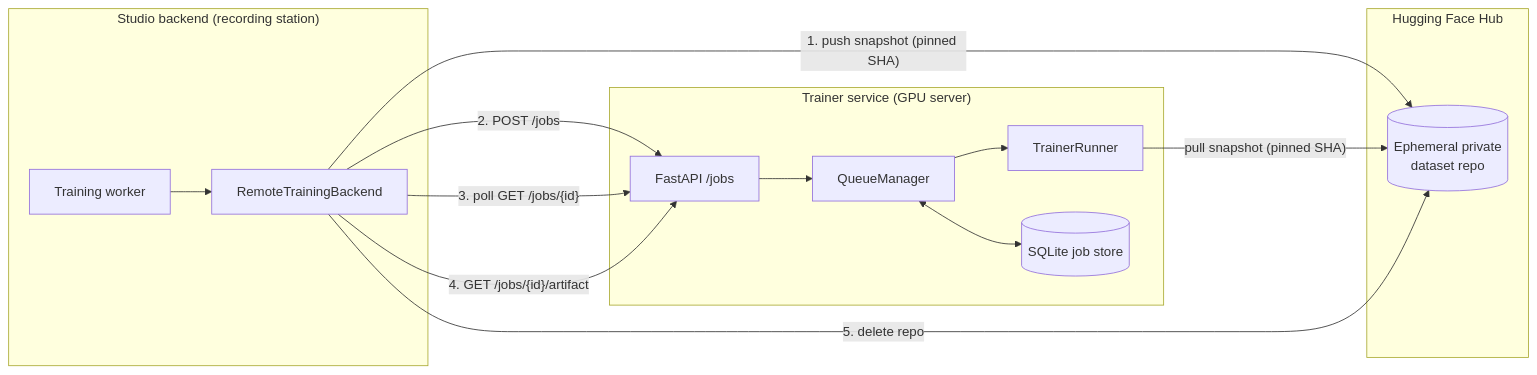
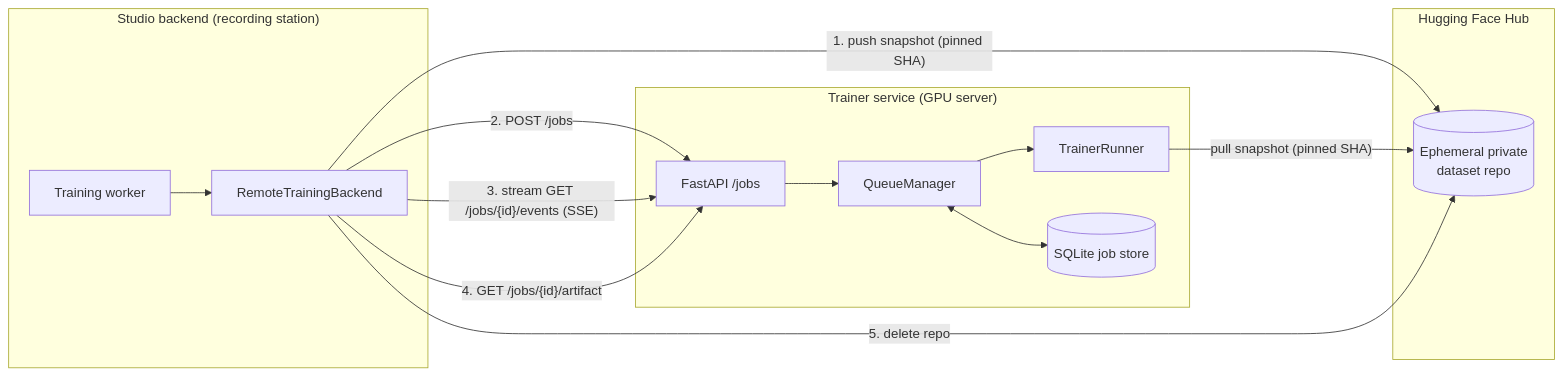
The first of 3 diagrams in application/docs/designs/remote-training.md (open-edge-platform/physical-ai-studio), drawn with Mermaid before and after one commit. The commit also changed other lines of this file and 1 other file, not shown here.

````diff
--- a/application/docs/designs/remote-training.md
+++ b/application/docs/designs/remote-training.md
@@ -23,22 +30,22 @@
 ```mermaid
 flowchart LR
     subgraph Studio["Studio backend (recording station)"]
         W[Training worker] --> RB[RemoteTrainingBackend]
     end
     subgraph HF["Hugging Face Hub"]
         DS[(Ephemeral private<br/>dataset repo)]
     end
     subgraph Trainer["Trainer service (GPU server)"]
         API[FastAPI /jobs] --> QM[QueueManager]
         QM --> RN[TrainerRunner]
         ST[(SQLite job store)]
         QM <--> ST
     end
 
     RB -- "1. push snapshot (pinned SHA)" --> DS
     RB -- "2. POST /jobs" --> API
-    RB -- "3. poll GET /jobs/{id}" --> API
+    RB -- "3. stream GET /jobs/{id}/events (SSE)" --> API
     RN -- "pull snapshot (pinned SHA)" --> DS
     RB -- "4. GET /jobs/{id}/artifact" --> API
     RB -- "5. delete repo" --> DS
 ```
````
